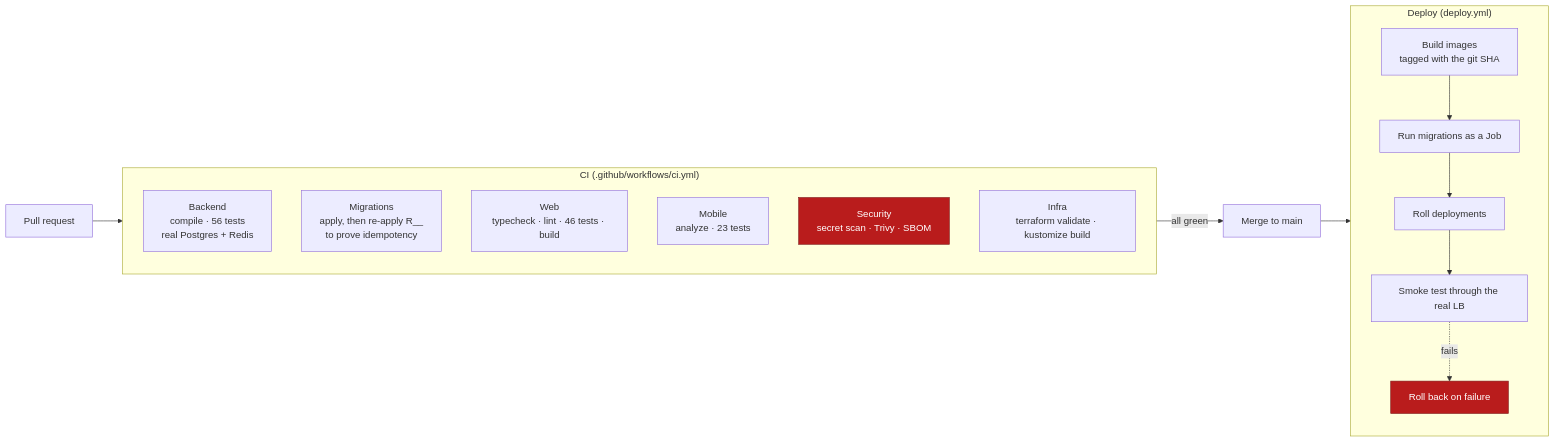
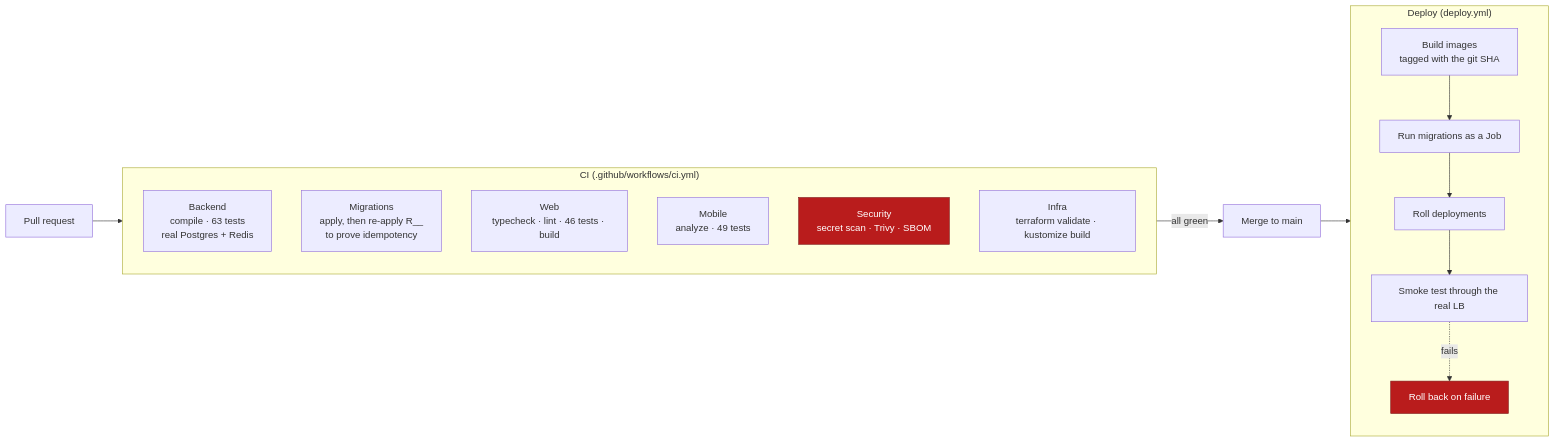
One commit to ahmedselimmansor-ctrl/Eshop-E-Comerce-NEXT.JS-Spring-Boot changed diagram 18 of 18 in README.md. Above: the diagram before and after it, drawn with Mermaid. The commit also changed other lines of this file and 21 other files, not shown here.

````diff
--- a/README.md
+++ b/README.md
@@ -885,32 +885,32 @@
 ```mermaid
 flowchart LR
     PR["Pull request"] --> CI
 
     subgraph CI ["CI (.github/workflows/ci.yml)"]
         direction TB
-        BE["Backend<br/>compile · 56 tests<br/>real Postgres + Redis"]
+        BE["Backend<br/>compile · 63 tests<br/>real Postgres + Redis"]
         MIG["Migrations<br/>apply, then re-apply R__<br/>to prove idempotency"]
         WEB["Web<br/>typecheck · lint · 46 tests · build"]
-        MOB["Mobile<br/>analyze · 23 tests"]
+        MOB["Mobile<br/>analyze · 49 tests"]
         SEC["Security<br/>secret scan · Trivy · SBOM"]
         INF["Infra<br/>terraform validate · kustomize build"]
     end
 
     CI -->|"all green"| MERGE["Merge to main"]
     MERGE --> DEPLOY
 
     subgraph DEPLOY ["Deploy (deploy.yml)"]
         direction TB
         IMG["Build images<br/>tagged with the git SHA"]
         DBJ["Run migrations as a Job"]
         ROLL["Roll deployments"]
         SMOKE["Smoke test through the real LB"]
         RB["Roll back on failure"]
     end
 
     IMG --> DBJ --> ROLL --> SMOKE
     SMOKE -.->|"fails"| RB
 
     style SEC fill:#b91c1c,stroke:#7f1d1d,color:#ffffff
     style RB fill:#b91c1c,stroke:#7f1d1d,color:#ffffff
 ```
````
